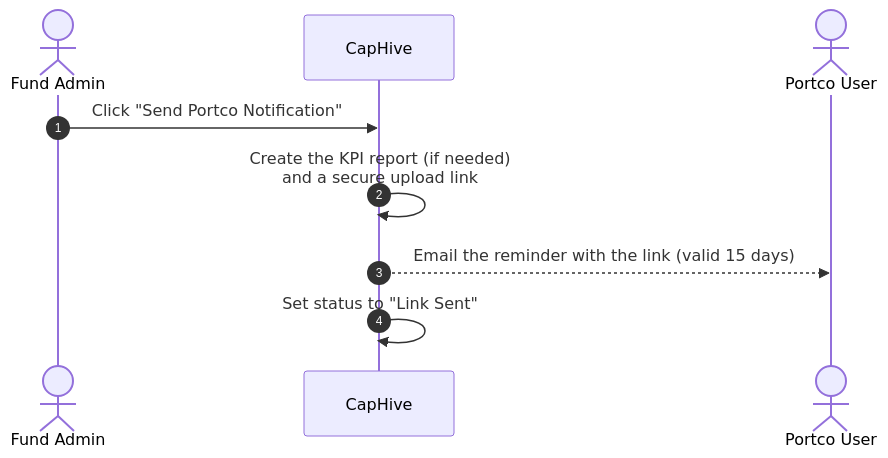
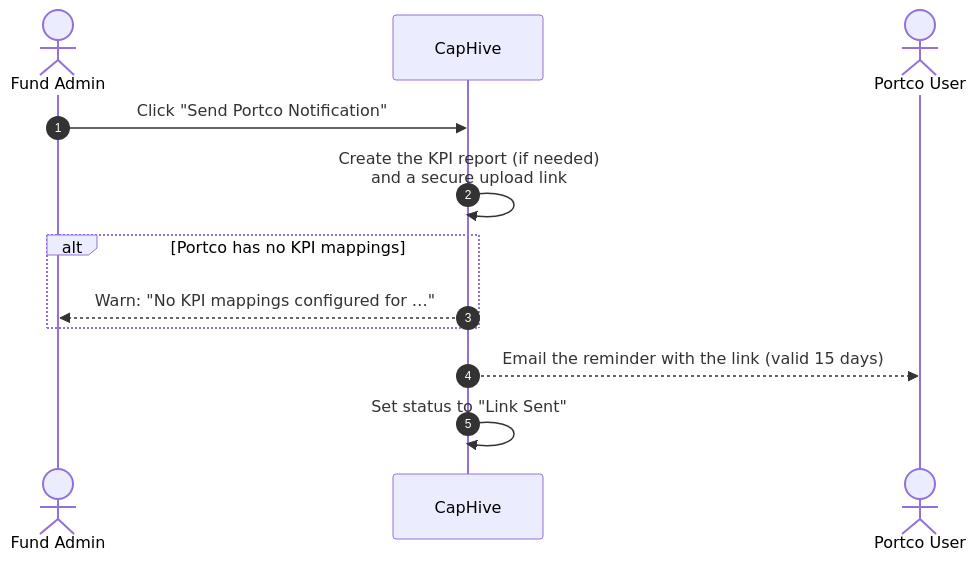
Before and after one commit to sampadadiwan/IRM_CompanyMain: the first of 5 diagrams in docs/user_guides/kpi_upload_user_guide.md, drawn with Mermaid. The commit also changed other lines of this file and 56 other files, not shown here.

````diff
--- a/docs/user_guides/kpi_upload_user_guide.md
+++ b/docs/user_guides/kpi_upload_user_guide.md
@@ -56,12 +64,15 @@
 ```mermaid
 sequenceDiagram
     autonumber
     actor Admin as Fund Admin
     participant System as CapHive
     actor Portco as Portco User
 
     Admin->>System: Click "Send Portco Notification"
     System->>System: Create the KPI report (if needed)<br/>and a secure upload link
+    alt Portco has no KPI mappings
+        System-->>Admin: Warn: "No KPI mappings configured for …"
+    end
     System-->>Portco: Email the reminder with the link (valid 15 days)
     System->>System: Set status to "Link Sent"
 ```
````
